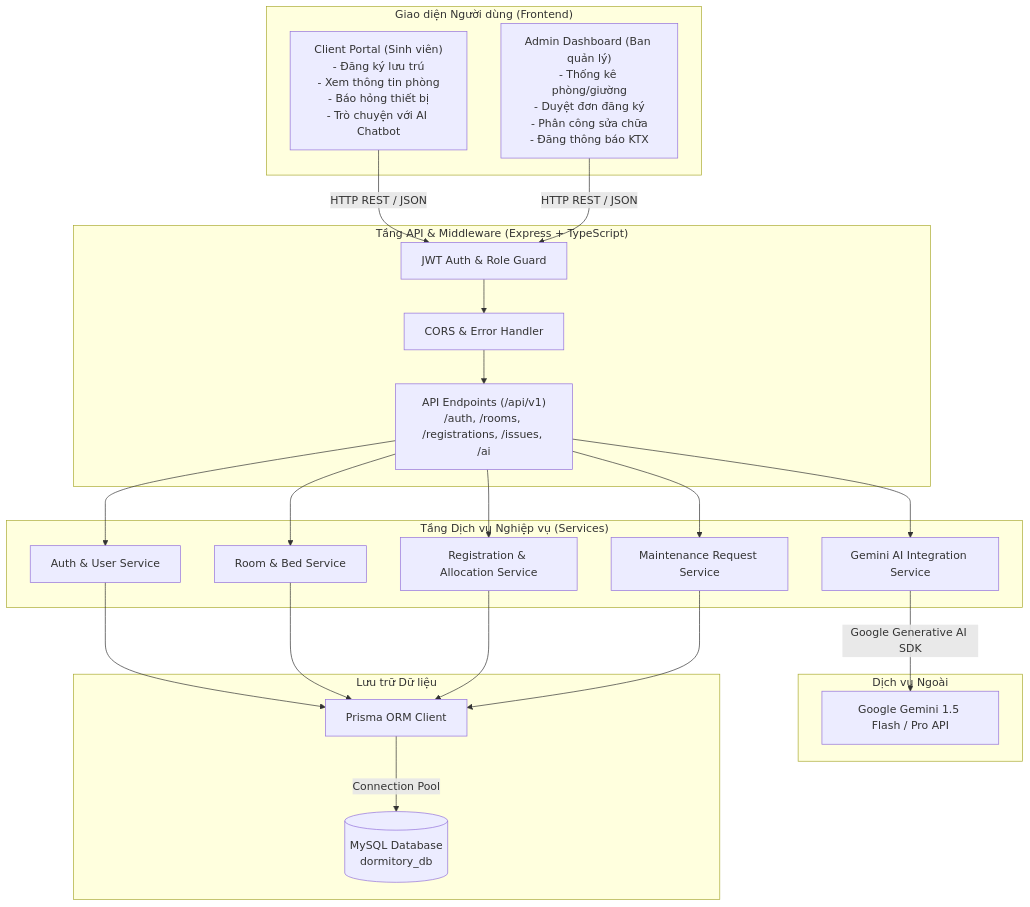
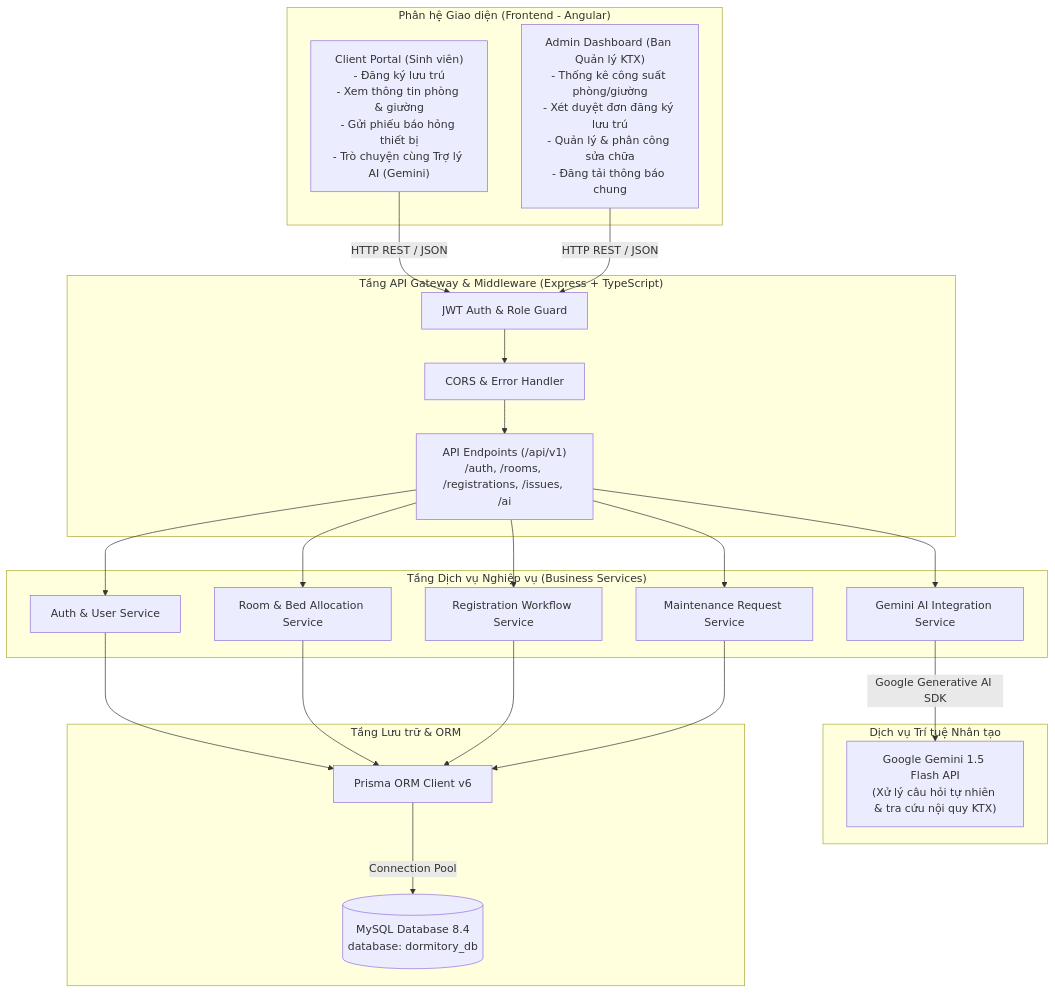
One commit to hoangganhh05/Dormitory-Management-System changed the first of 2 diagrams in docs/THIET_KE_KIEN_TRUC_CSDL.md. Above: the diagram before and after it, drawn with Mermaid. The commit also changed other lines of this file and 2 other files, not shown here.

Commit message:
feat(KTX-005): design system architecture, refine prisma data models, and create seed data script

````diff
--- a/docs/THIET_KE_KIEN_TRUC_CSDL.md
+++ b/docs/THIET_KE_KIEN_TRUC_CSDL.md
@@ -10,38 +12,38 @@
 ```mermaid
 flowchart TD
-    subgraph Frontend["Giao diện Người dùng (Frontend)"]
-        ClientApp["Client Portal (Sinh viên)<br>- Đăng ký lưu trú<br>- Xem thông tin phòng<br>- Báo hỏng thiết bị<br>- Trò chuyện với AI Chatbot"]
-        AdminApp["Admin Dashboard (Ban quản lý)<br>- Thống kê phòng/giường<br>- Duyệt đơn đăng ký<br>- Phân công sửa chữa<br>- Đăng thông báo KTX"]
+    subgraph Frontend_App["Phân hệ Giao diện (Frontend - Angular)"]
+        ClientApp["Client Portal (Sinh viên)<br>- Đăng ký lưu trú<br>- Xem thông tin phòng & giường<br>- Gửi phiếu báo hỏng thiết bị<br>- Trò chuyện cùng Trợ lý AI (Gemini)"]
+        AdminApp["Admin Dashboard (Ban Quản lý KTX)<br>- Thống kê công suất phòng/giường<br>- Xét duyệt đơn đăng ký lưu trú<br>- Quản lý & phân công sửa chữa<br>- Đăng tải thông báo chung"]
     end
 
-    subgraph API_Gateway["Tầng API & Middleware (Express + TypeScript)"]
+    subgraph API_Gateway["Tầng API Gateway & Middleware (Express + TypeScript)"]
         AuthMid["JWT Auth & Role Guard"]
         CorsMid["CORS & Error Handler"]
         Routes["API Endpoints (/api/v1)<br>/auth, /rooms, /registrations, /issues, /ai"]
     end
 
-    subgraph Business_Services["Tầng Dịch vụ Nghiệp vụ (Services)"]
+    subgraph Business_Services["Tầng Dịch vụ Nghiệp vụ (Business Services)"]
         AuthService["Auth & User Service"]
-        RoomService["Room & Bed Service"]
-        RegService["Registration & Allocation Service"]
+        RoomService["Room & Bed Allocation Service"]
+        RegService["Registration Workflow Service"]
         IssueService["Maintenance Request Service"]
         AIService["Gemini AI Integration Service"]
     end
 
-    subgraph External_Services["Dịch vụ Ngoài"]
-        GeminiAPI["Google Gemini 1.5 Flash / Pro API"]
+    subgraph External_AI["Dịch vụ Trí tuệ Nhân tạo"]
+        GeminiAPI["Google Gemini 1.5 Flash API<br>(Xử lý câu hỏi tự nhiên & tra cứu nội quy KTX)"]
     end
 
-    subgraph Data_Storage["Lưu trữ Dữ liệu"]
-        PrismaClient["Prisma ORM Client"]
-        MySQL_DB[("MySQL Database<br>dormitory_db")]
+    subgraph Data_Storage["Tầng Lưu trữ & ORM"]
+        PrismaClient["Prisma ORM Client v6"]
+        MySQL_DB[("MySQL Database 8.4<br>database: dormitory_db")]
     end
 
     ClientApp -->|HTTP REST / JSON| AuthMid
     AdminApp -->|HTTP REST / JSON| AuthMid
     AuthMid --> CorsMid --> Routes
     Routes --> AuthService & RoomService & RegService & IssueService & AIService
     AIService -->|Google Generative AI SDK| GeminiAPI
     AuthService & RoomService & RegService & IssueService --> PrismaClient
     PrismaClient -->|Connection Pool| MySQL_DB
 ```
````
